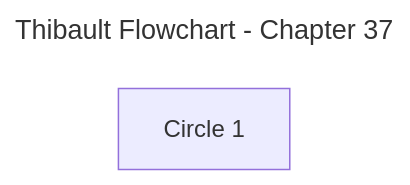
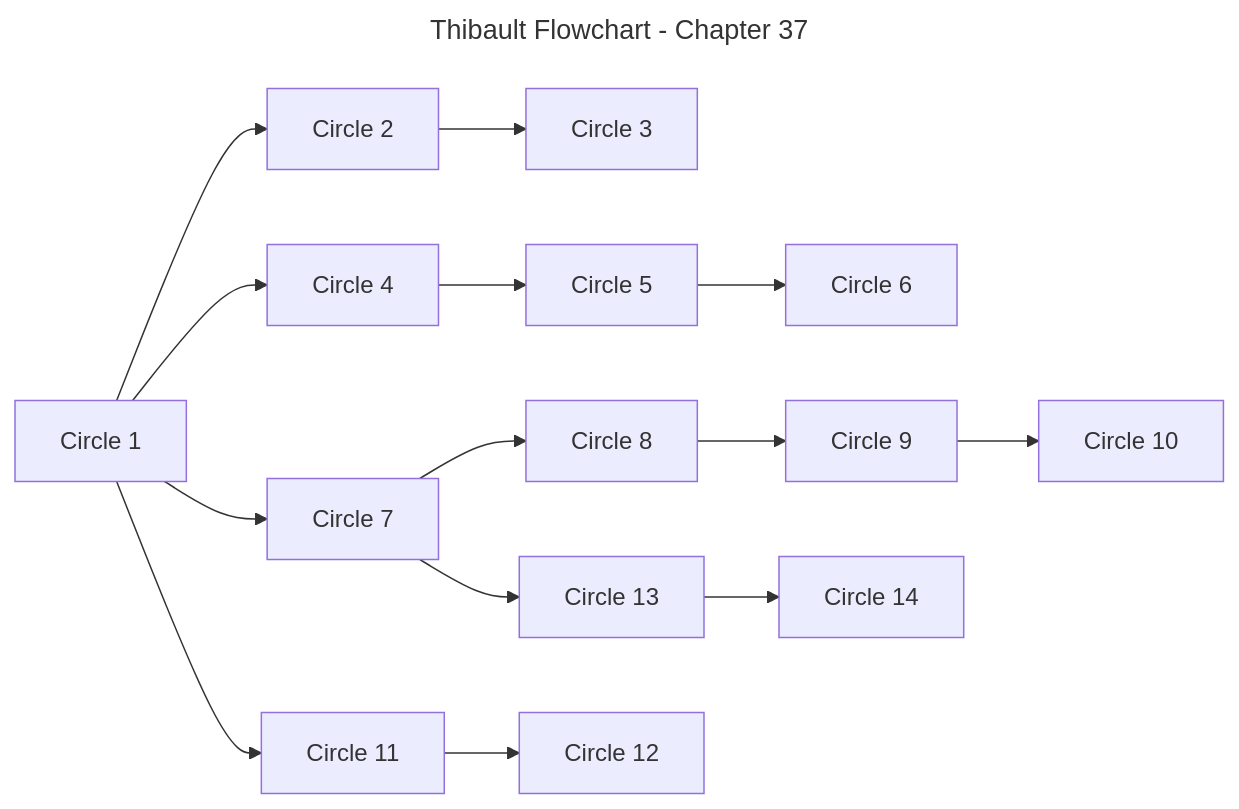
Before and after one commit to aquesnel/thibault-flowchart: the diagram in flowchart-per-chapter/chapter-37.mmd, drawn with Mermaid.

Commit message:
feat(ch37): initial flowchart of the circles

```diff
--- a/flowchart-per-chapter/chapter-37.mmd
+++ b/flowchart-per-chapter/chapter-37.mmd
@@ -1,10 +1,38 @@
 ---
 title: Thibault Flowchart - Chapter 37
 config:
   layout: dagre
   flowchart:
     htmlLabels: false
 ---
 flowchart LR
 	%% Nodes
 	B2_T06_C01["Circle 1"]
+	B2_T06_C02["Circle 2"]
+	B2_T06_C03["Circle 3"]
+	B2_T06_C04["Circle 4"]
+	B2_T06_C05["Circle 5"]
+	B2_T06_C06["Circle 6"]
+	B2_T06_C07["Circle 7"]
+	B2_T06_C08["Circle 8"]
+	B2_T06_C09["Circle 9"]
+	B2_T06_C10["Circle 10"]
+	B2_T06_C11["Circle 11"]
+	B2_T06_C12["Circle 12"]
+	B2_T06_C13["Circle 13"]
+	B2_T06_C14["Circle 14"]
+
+	%% Edges
+	B2_T06_C01 --> B2_T06_C02
+	B2_T06_C02 --> B2_T06_C03
+	B2_T06_C01 --> B2_T06_C04
+	B2_T06_C04 --> B2_T06_C05
+	B2_T06_C05 --> B2_T06_C06
+	B2_T06_C01 --> B2_T06_C07
+	B2_T06_C07 --> B2_T06_C08
+	B2_T06_C08 --> B2_T06_C09
+	B2_T06_C09 --> B2_T06_C10
+	B2_T06_C07 --> B2_T06_C13
+	B2_T06_C13 --> B2_T06_C14
+	B2_T06_C01 --> B2_T06_C11
+	B2_T06_C11 --> B2_T06_C12
```
